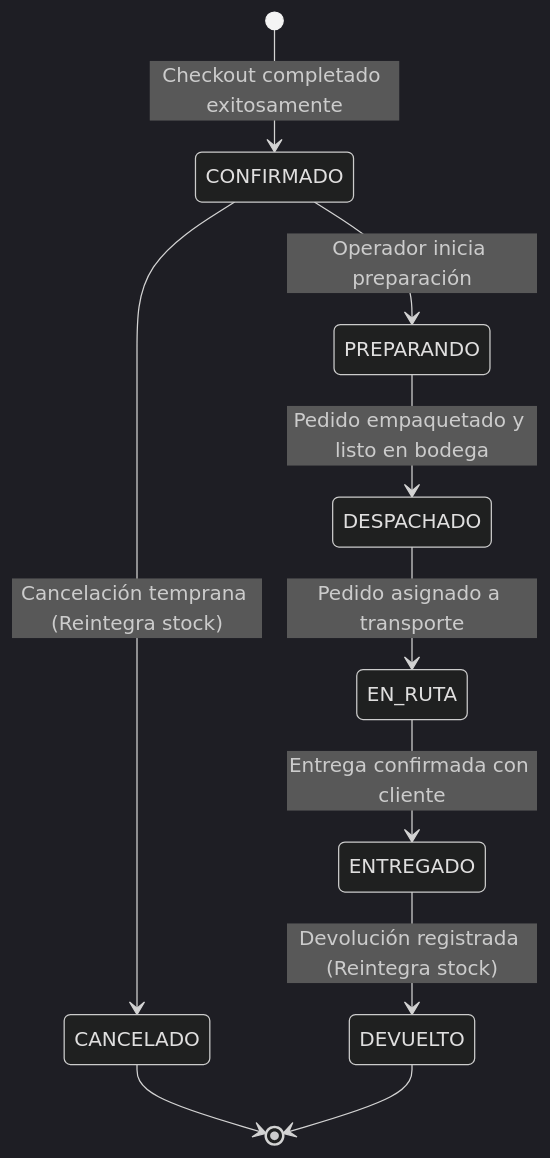
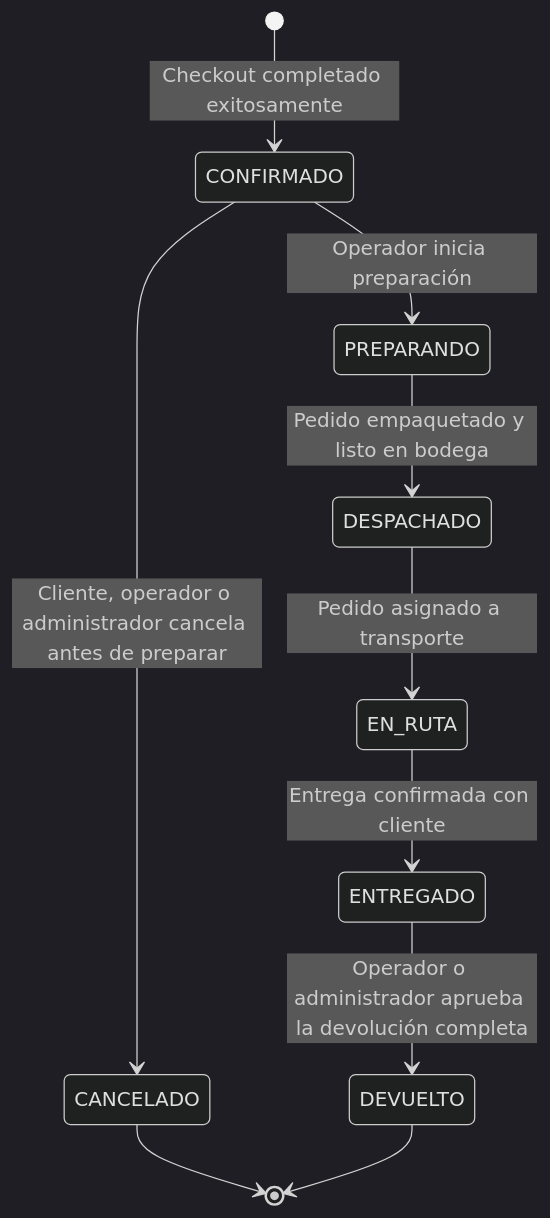
The diagram in README.md (eliaspozuelos/ShopCart), drawn with Mermaid (dark theme) before and after one commit. The commit also changed other lines of this file and 67 other files, not shown here.

````diff
--- a/README.md
+++ b/README.md
@@ -245,12 +262,12 @@
 ```mermaid
 stateDiagram-v2
     [*] --> CONFIRMADO: Checkout completado exitosamente
     CONFIRMADO --> PREPARANDO: Operador inicia preparación
-    CONFIRMADO --> CANCELADO: Cancelación temprana (Reintegra stock)
+    CONFIRMADO --> CANCELADO: Cliente, operador o administrador cancela antes de preparar
     PREPARANDO --> DESPACHADO: Pedido empaquetado y listo en bodega
     DESPACHADO --> EN_RUTA: Pedido asignado a transporte
     EN_RUTA --> ENTREGADO: Entrega confirmada con cliente
-    ENTREGADO --> DEVUELTO: Devolución registrada (Reintegra stock)
+    ENTREGADO --> DEVUELTO: Operador o administrador aprueba la devolución completa
     CANCELADO --> [*]
     DEVUELTO --> [*]
 ```
````
